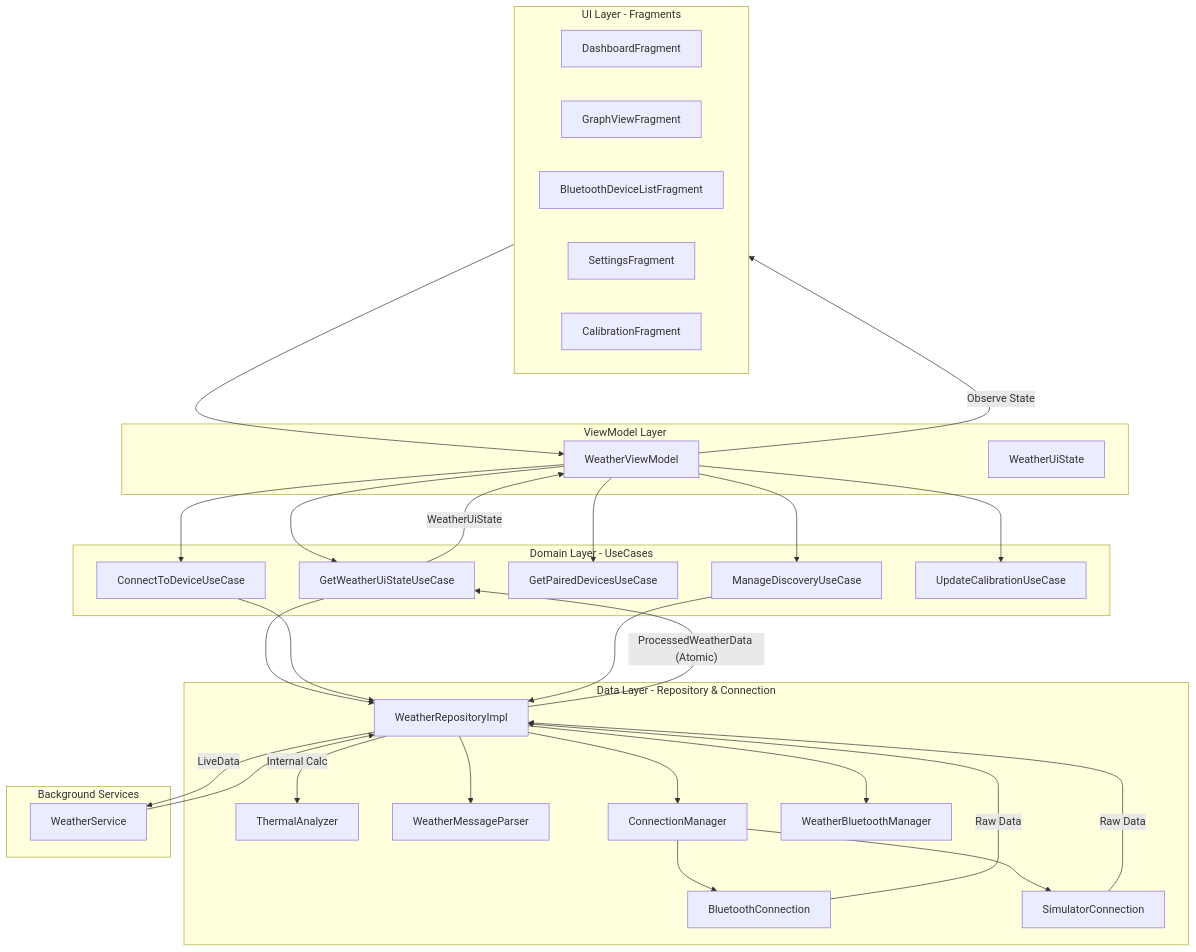
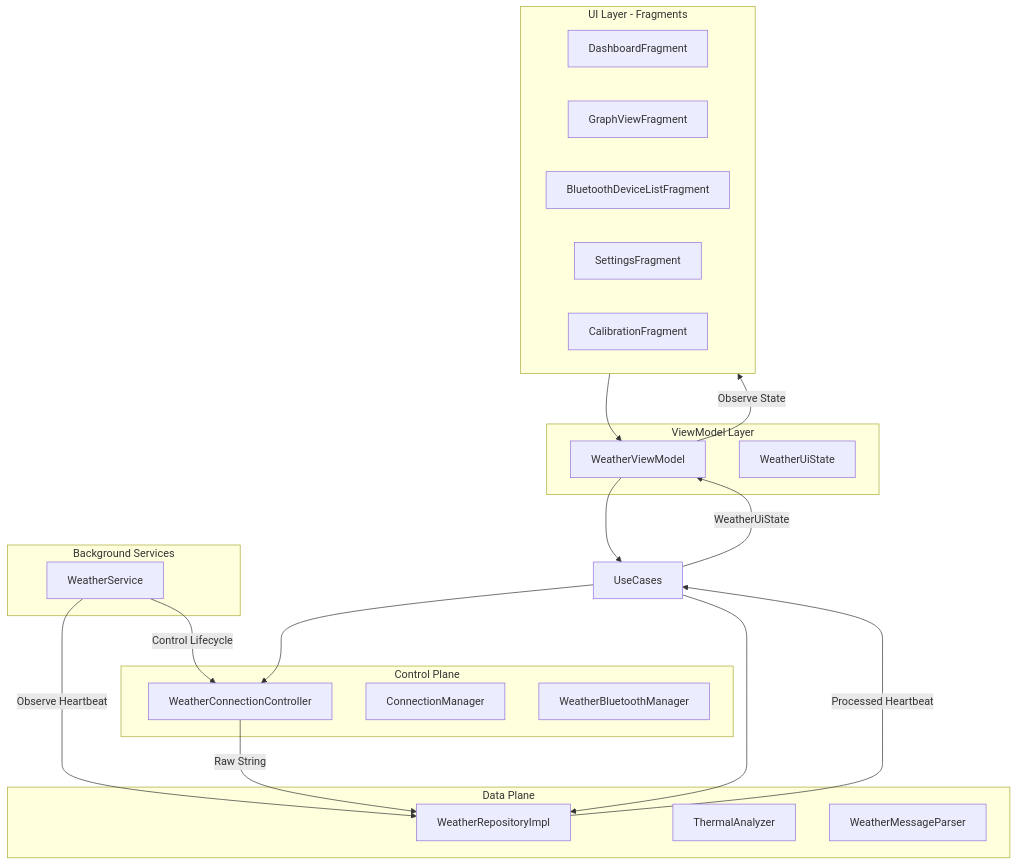
The diagram in ARCHITECTURE.md (Kresshy/Weather-Station), drawn with Mermaid before and after one commit. The commit also changed other lines of this file and 23 other files, not shown here.

First line of the commit message:
Arch: Formally separate Control Plane from Data Plane

````diff
--- a/ARCHITECTURE.md
+++ b/ARCHITECTURE.md
@@ -17,63 +21,49 @@
 ```mermaid
 graph TD
     subgraph UI_Layer [UI Layer - Fragments]
         DF[DashboardFragment]
         GVF[GraphViewFragment]
         BDLF[BluetoothDeviceListFragment]
         SF[SettingsFragment]
         CF[CalibrationFragment]
     end
 
     subgraph ViewModel_Layer [ViewModel Layer]
         WVM[WeatherViewModel]
         WUS[WeatherUiState]
     end
 
-    subgraph Domain_Layer [Domain Layer - UseCases]
-        GWUS[GetWeatherUiStateUseCase]
-        CTD[ConnectToDeviceUseCase]
-        GPD[GetPairedDevicesUseCase]
-        MD[ManageDiscoveryUseCase]
-        UC[UpdateCalibrationUseCase]
+    subgraph Control_Plane [Control Plane]
+        WCC[WeatherConnectionController]
+        CM[ConnectionManager]
+        WBM[WeatherBluetoothManager]
     end
 
-    subgraph Data_Layer [Data Layer - Repository & Connection]
+    subgraph Data_Plane [Data Plane]
         WRI[WeatherRepositoryImpl]
         TA[ThermalAnalyzer]
         WMP[WeatherMessageParser]
-        CM[ConnectionManager]
-        WBM[WeatherBluetoothManager]
-        BC[BluetoothConnection]
-        SC[SimulatorConnection]
     end
 
     subgraph Service_Layer [Background Services]
         WS[WeatherService]
     end
 
     %% Component Interactions
     UI_Layer --> WVM
-    WVM --> GWUS
-    WVM --> CTD
-    WVM --> GPD
-    WVM --> MD
-    WVM --> UC
+    WVM --> GWUS[UseCases]
+    
+    %% UseCase to Plane delegation
+    GWUS --> WCC
     GWUS --> WRI
-    CTD --> WRI
-    MD --> WRI
-    WS --> WRI
-    WRI -- "Internal Calc" --> TA
-    WRI --> CM
-    WRI --> WBM
-    WRI --> WMP
-    CM --> BC
-    CM --> SC
-
-    %% Data Flow (Single Heartbeat)
-    WRI -- "ProcessedWeatherData (Atomic)" --> GWUS
+    
+    %% Data Flow
+    WCC -- "Raw String" --> WRI
+    WRI -- "Processed Heartbeat" --> GWUS
     GWUS -- "WeatherUiState" --> WVM
     WVM -- "Observe State" --> UI_Layer
-    WRI -- "LiveData" --> WS
-    BC -- "Raw Data" --> WRI
-    SC -- "Raw Data" --> WRI
+    
+    %% Background Service
+    WS -- "Observe Heartbeat" --> WRI
+    WS -- "Control Lifecycle" --> WCC
 ```
````
